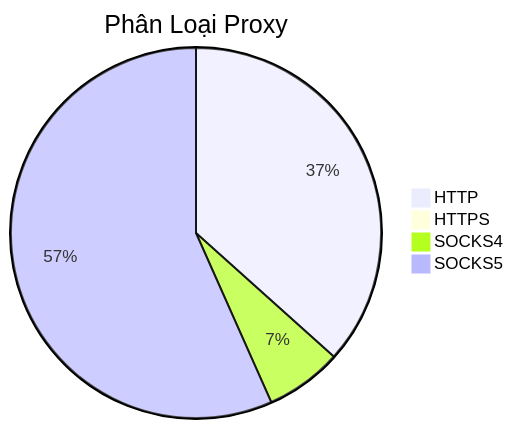
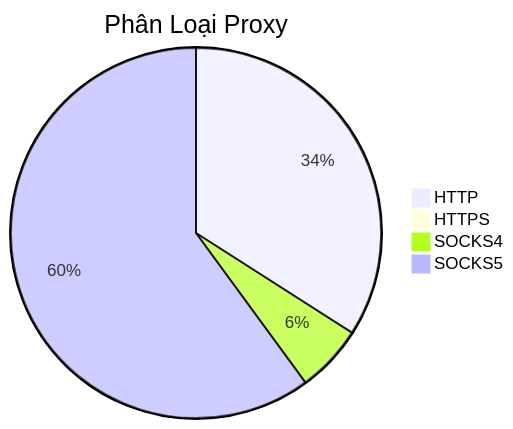
Before and after one commit to Ciara-Aa/PROXY-free: the diagram in README.md, drawn with Mermaid. The commit also changed other lines of this file and 4 other files, not shown here.

````diff
--- a/README.md
+++ b/README.md
@@ -26,7 +26,7 @@
 ```mermaid
 pie title Phân Loại Proxy
-    "HTTP" : 2609
-    "HTTPS" : 2
-    "SOCKS4" : 477
-    "SOCKS5" : 4035
+    "HTTP" : 2110
+    "HTTPS" : 4
+    "SOCKS4" : 365
+    "SOCKS5" : 3721
 ```
````
